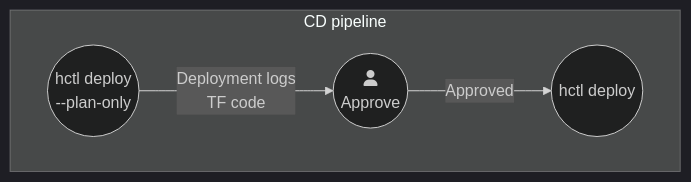
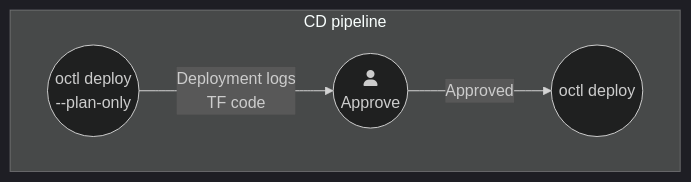
Before and after one commit to jayonthenet/developer-docs: the second of 2 diagrams in content/platform-orchestrator/docs/integrations/integrating-with-your-estate/ci-cd.md, drawn with Mermaid (dark theme). The commit also changed other lines of this file and 34 other files, not shown here.

Commit message:
Renamed hctl to octl

````diff
--- a/content/platform-orchestrator/docs/integrations/integrating-with-your-estate/ci-cd.md
+++ b/content/platform-orchestrator/docs/integrations/integrating-with-your-estate/ci-cd.md
@@ -134,7 +134,7 @@
 ```mermaid
 flowchart LR
   subgraph cdPipeline[CD pipeline]
     direction LR
-    planOnly(("hctl deploy<br/>--plan-only")) -->|Deployment logs<br/>TF code| approve((fa:fa-user<br/>Approve)) -->|Approved| deploy(("hctl deploy"))
+    planOnly(("octl deploy<br/>--plan-only")) -->|Deployment logs<br/>TF code| approve((fa:fa-user<br/>Approve)) -->|Approved| deploy(("octl deploy"))
   end
 ```
````
